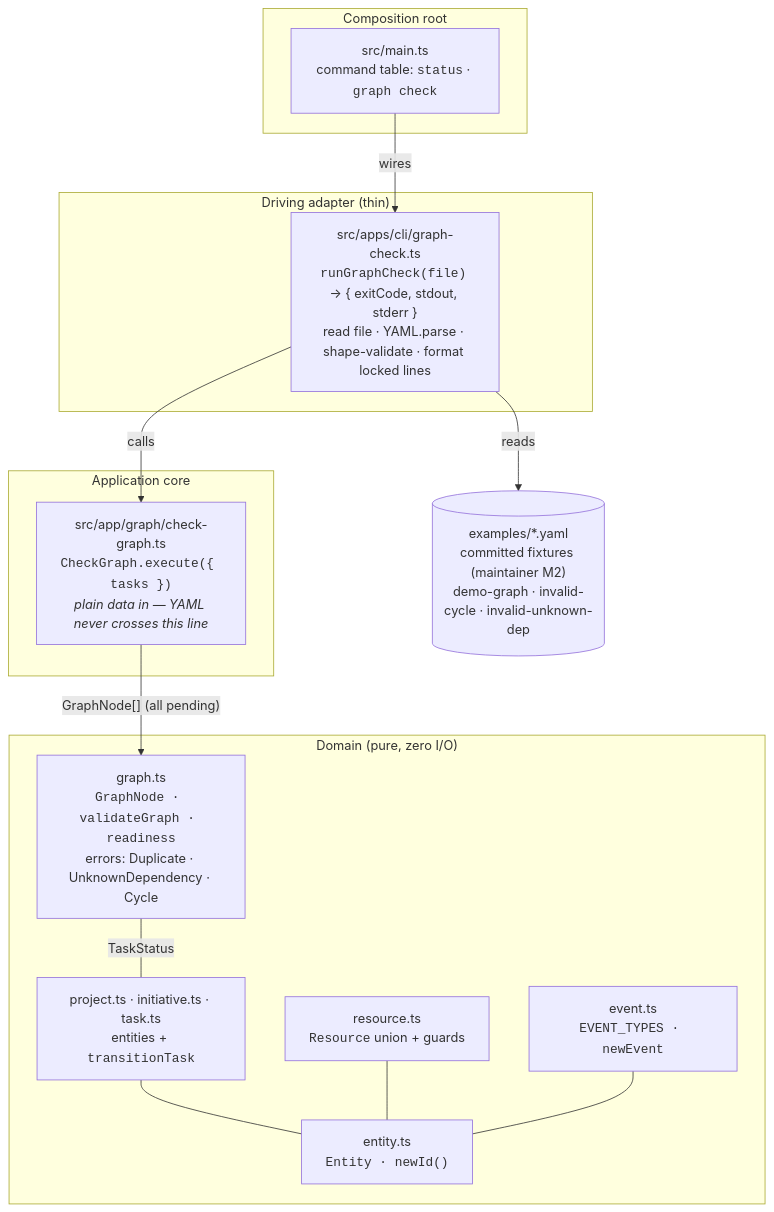
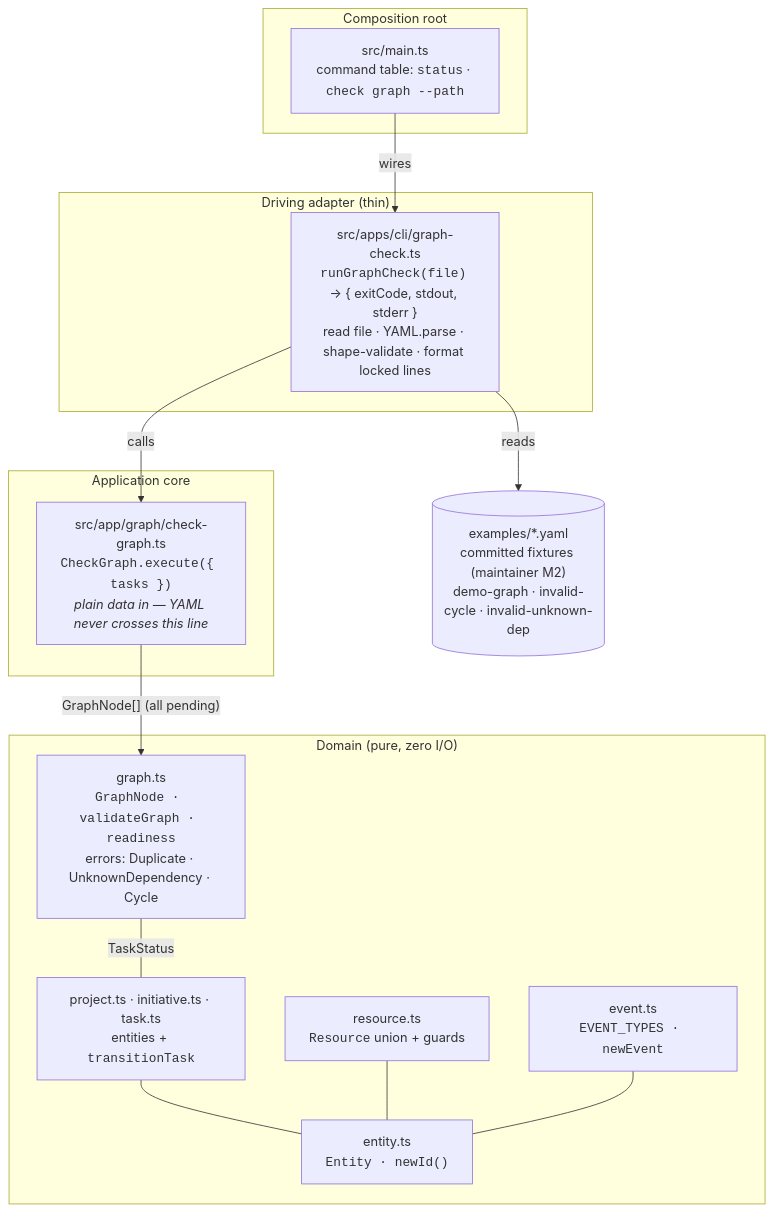
Before and after one commit to kanthorlabs/kanthord: the third of 4 diagrams in docs/flowchart/002.md, drawn with Mermaid. The commit also changed other lines of this file and 23 other files, not shown here.

First line of the commit message:
docs: author EPIC 004 story/task list + flowchart; add insert/re-arrange, verb-first CLI grammar

````diff
--- a/docs/flowchart/002.md
+++ b/docs/flowchart/002.md
@@ -63,33 +63,33 @@
 ```mermaid
 flowchart TB
     subgraph composition["Composition root"]
-        MAIN["src/main.ts<br/>command table: <code>status</code> · <code>graph check</code>"]
+        MAIN["src/main.ts<br/>command table: <code>status</code> · <code>check graph --path</code>"]
     end
 
     subgraph apps["Driving adapter (thin)"]
         GC["src/apps/cli/graph-check.ts<br/><code>runGraphCheck(file)</code> → { exitCode, stdout, stderr }<br/>read file · YAML.parse · shape-validate · format locked lines"]
     end
 
     subgraph core["Application core"]
         UC["src/app/graph/check-graph.ts<br/><code>CheckGraph.execute({ tasks })</code><br/><i>plain data in — YAML never crosses this line</i>"]
     end
 
     subgraph domain["Domain (pure, zero I/O)"]
         ENT2["entity.ts<br/><code>Entity · newId()</code>"]
         RES["resource.ts<br/><code>Resource</code> union + guards"]
         WG["project.ts · initiative.ts · task.ts<br/>entities + <code>transitionTask</code>"]
         GRAPH["graph.ts<br/><code>GraphNode · validateGraph · readiness</code><br/>errors: Duplicate · UnknownDependency · Cycle"]
         EVT["event.ts<br/><code>EVENT_TYPES · newEvent</code>"]
     end
 
     YAML[("examples/*.yaml<br/>committed fixtures (maintainer M2)<br/>demo-graph · invalid-cycle · invalid-unknown-dep")]
 
     MAIN -->|wires| GC
     GC -->|calls| UC
     GC -->|reads| YAML
     UC -->|"GraphNode[] (all pending)"| GRAPH
     WG --- ENT2
     RES --- ENT2
     EVT --- ENT2
     GRAPH ---|"TaskStatus"| WG
 ```
````
